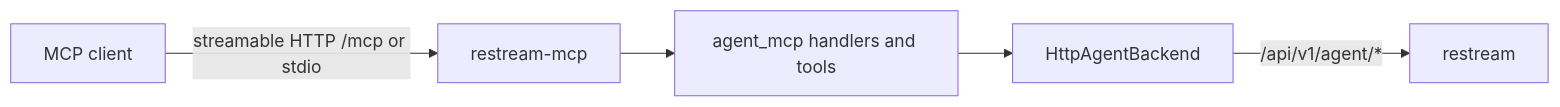
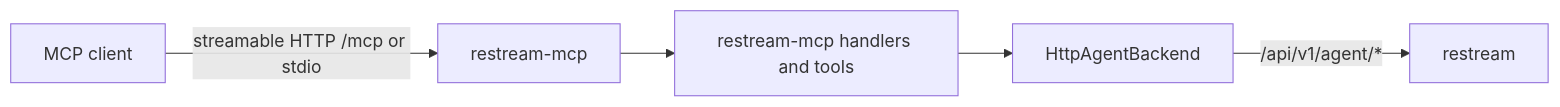
One commit to krsna1729/restream changed the fourth of 4 diagrams in docs/agent-plane-integration.md. Above: the diagram before and after it, drawn with Mermaid. The commit also changed other lines of this file and 41 other files, not shown here.

````diff
--- a/docs/agent-plane-integration.md
+++ b/docs/agent-plane-integration.md
@@ -285,7 +286,7 @@
 ```mermaid
 flowchart LR
     Client["MCP client"] -->|"streamable HTTP /mcp or stdio"| Sidecar["restream-mcp"]
-    Sidecar --> Catalog["agent_mcp handlers and tools"]
+    Sidecar --> Catalog["restream-mcp handlers and tools"]
     Catalog --> Backend["HttpAgentBackend"]
     Backend -->|"/api/v1/agent/*"| Server["restream"]
 ```
````
